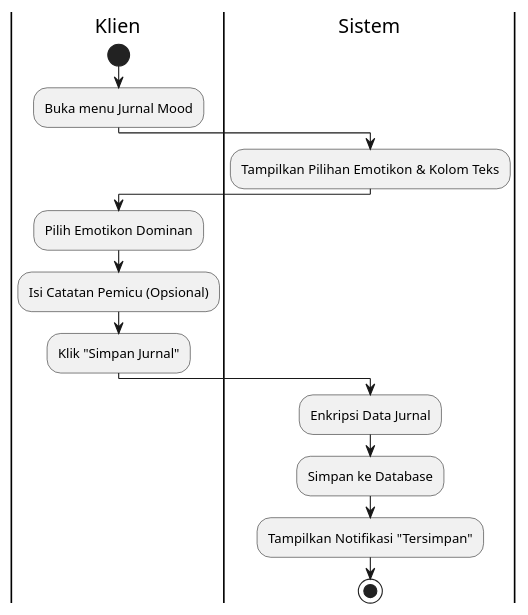
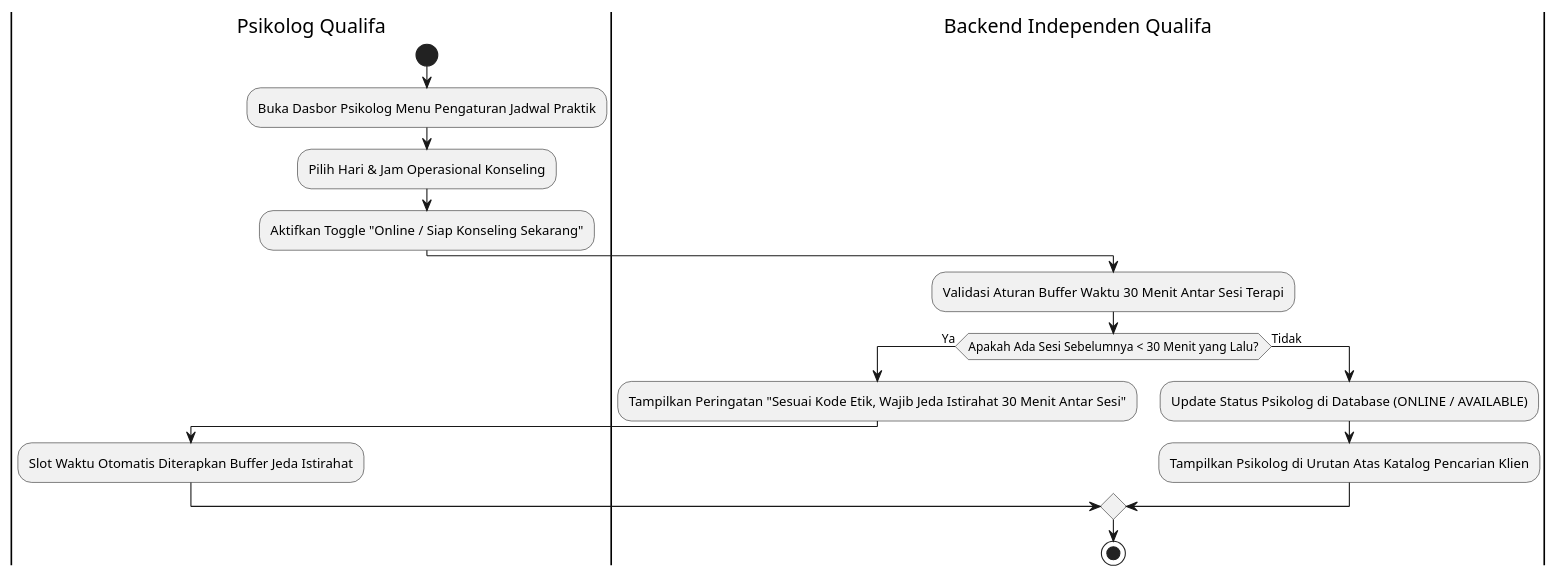
Diagram 14 of 20 in MarkDown/plantuml_activity_diagrams.md (tupperwureism/SuperApp-Gagal), drawn with PlantUML before and after one commit. The commit also changed other lines of this file and 60 other files, not shown here.

````diff
--- a/MarkDown/plantuml_activity_diagrams.md
+++ b/MarkDown/plantuml_activity_diagrams.md
@@ -642,21 +575,22 @@
 ```plantuml
 @startuml
-|Klien|
+|Psikolog Qualifa|
 start
-:Buka menu Jurnal Mood;
+:Buka Dasbor Psikolog Menu Pengaturan Jadwal Praktik;
+:Pilih Hari & Jam Operasional Konseling;
+:Aktifkan Toggle "Online / Siap Konseling Sekarang";
 
-|Sistem|
-:Tampilkan Pilihan Emotikon & Kolom Teks;
-
-|Klien|
-:Pilih Emotikon Dominan;
-:Isi Catatan Pemicu (Opsional);
-:Klik "Simpan Jurnal";
-
-|Sistem|
-:Enkripsi Data Jurnal;
-:Simpan ke Database;
-:Tampilkan Notifikasi "Tersimpan";
+|Backend Independen Qualifa|
+:Validasi Aturan Buffer Waktu 30 Menit Antar Sesi Terapi;
+if (Apakah Ada Sesi Sebelumnya < 30 Menit yang Lalu?) then (Ya)
+  :Tampilkan Peringatan "Sesuai Kode Etik, Wajib Jeda Istirahat 30 Menit Antar Sesi";
+  |Psikolog Qualifa|
+  :Slot Waktu Otomatis Diterapkan Buffer Jeda Istirahat;
+else (Tidak)
+  |Backend Independen Qualifa|
+  :Update Status Psikolog di Database (ONLINE / AVAILABLE);
+  :Tampilkan Psikolog di Urutan Atas Katalog Pencarian Klien;
+endif
 stop
 @enduml
 ```
````
